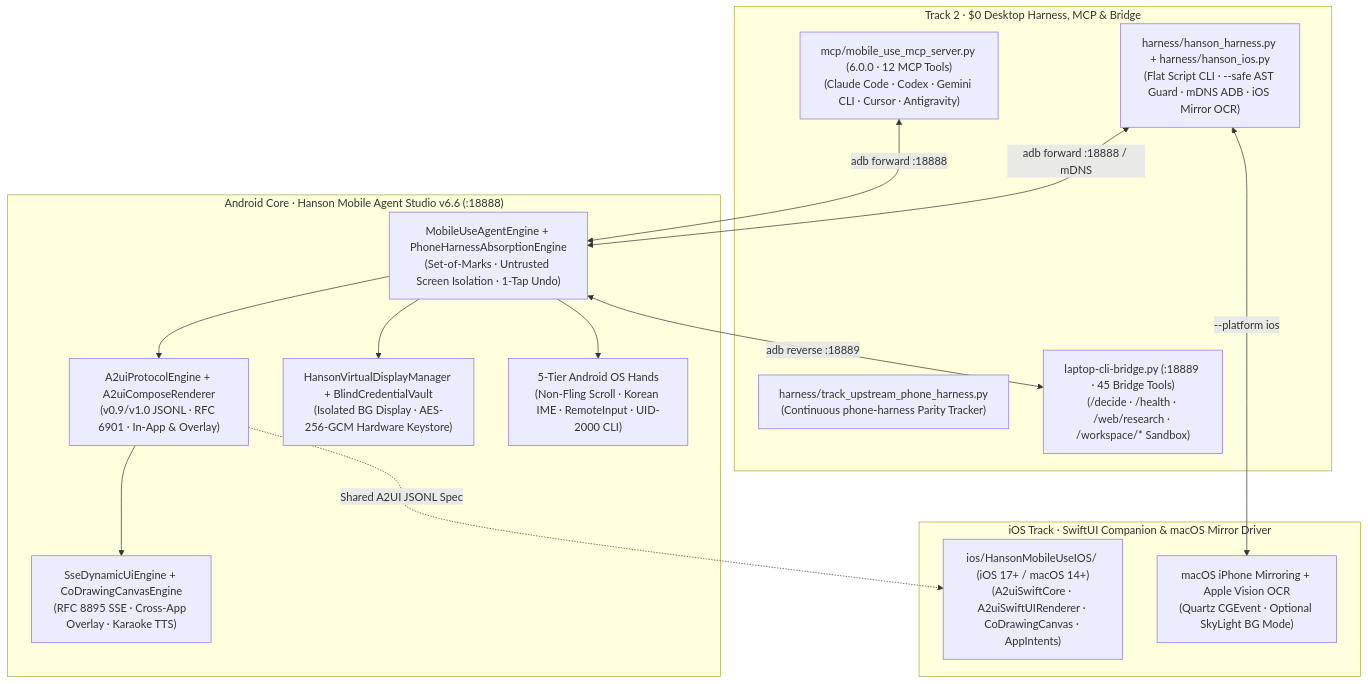
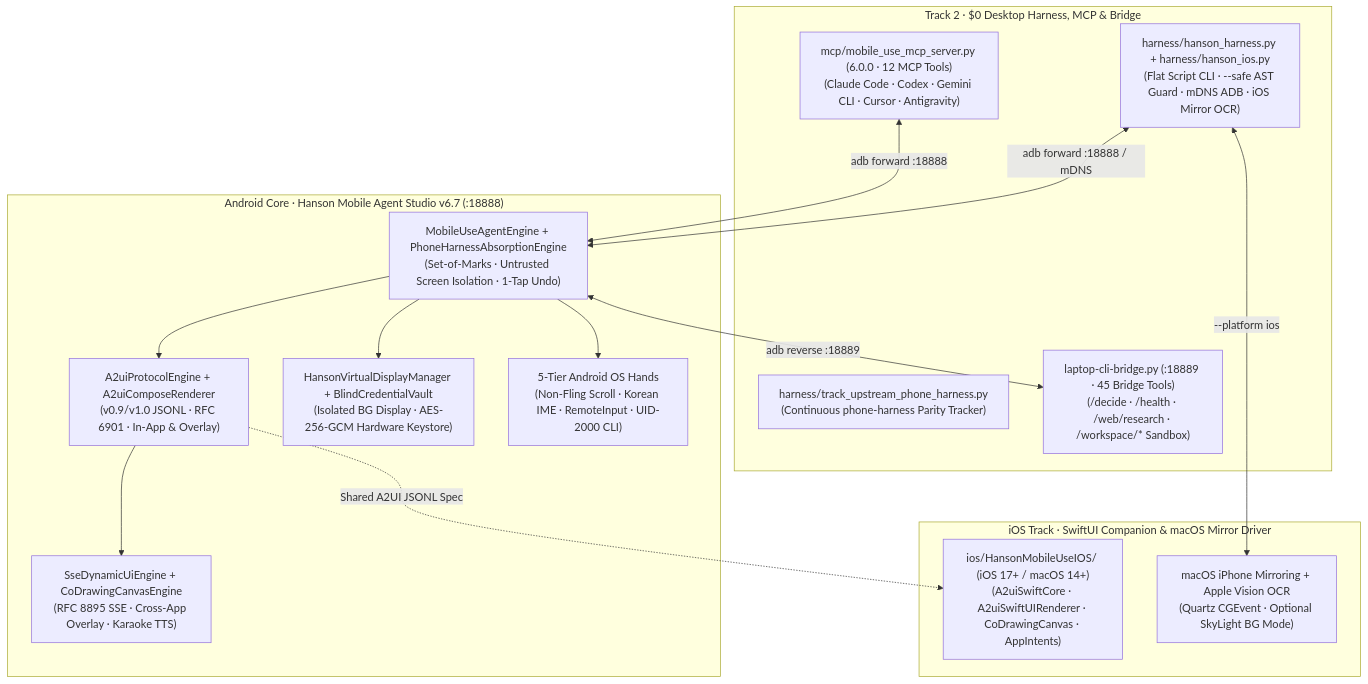
The diagram in README.md (cjw0076/hanson-mobile-use), drawn with Mermaid before and after one commit. The commit also changed other lines of this file and 84 other files, not shown here.

````diff
--- a/README.md
+++ b/README.md
@@ -128,32 +142,32 @@
 ```mermaid
 flowchart TB
     subgraph TRACK2["Track 2 · $0 Desktop Harness, MCP & Bridge"]
         HARNESS["harness/hanson_harness.py + harness/hanson_ios.py\n(Flat Script CLI · --safe AST Guard · mDNS ADB · iOS Mirror OCR)"]
         TRACKER["harness/track_upstream_phone_harness.py\n(Continuous phone-harness Parity Tracker)"]
         MCP["mcp/mobile_use_mcp_server.py (6.0.0 · 12 MCP Tools)\n(Claude Code · Codex · Gemini CLI · Cursor · Antigravity)"]
         CLIBRIDGE["laptop-cli-bridge.py (:18889 · 45 Bridge Tools)\n(/decide · /health · /web/research · /workspace/* Sandbox)"]
     end
 
-    subgraph ANDROID["Android Core · Hanson Mobile Agent Studio v6.6 (:18888)"]
+    subgraph ANDROID["Android Core · Hanson Mobile Agent Studio v6.7 (:18888)"]
         A2UI_A["A2uiProtocolEngine + A2uiComposeRenderer\n(v0.9/v1.0 JSONL · RFC 6901 · In-App & Overlay)"]
         SSE_A["SseDynamicUiEngine + CoDrawingCanvasEngine\n(RFC 8895 SSE · Cross-App Overlay · Karaoke TTS)"]
         LOOP["MobileUseAgentEngine + PhoneHarnessAbsorptionEngine\n(Set-of-Marks · Untrusted Screen Isolation · 1-Tap Undo)"]
         VDISP["HansonVirtualDisplayManager + BlindCredentialVault\n(Isolated BG Display · AES-256-GCM Hardware Keystore)"]
         OS_A["5-Tier Android OS Hands\n(Non-Fling Scroll · Korean IME · RemoteInput · UID-2000 CLI)"]
     end
 
     subgraph IOS["iOS Track · SwiftUI Companion & macOS Mirror Driver"]
         SWIFT["ios/HansonMobileUseIOS/ (iOS 17+ / macOS 14+)\n(A2uiSwiftCore · A2uiSwiftUIRenderer · CoDrawingCanvas · AppIntents)"]
         MIRROR["macOS iPhone Mirroring + Apple Vision OCR\n(Quartz CGEvent · Optional SkyLight BG Mode)"]
     end
 
     HARNESS <-->|"adb forward :18888 / mDNS"| LOOP
     HARNESS <-->|"--platform ios"| MIRROR
     MCP <-->|"adb forward :18888"| LOOP
     LOOP <-->|"adb reverse :18889"| CLIBRIDGE
     A2UI_A --> SSE_A
     LOOP --> A2UI_A
     LOOP --> VDISP
     LOOP --> OS_A
     A2UI_A -.->|"Shared A2UI JSONL Spec"| SWIFT
 ```
````
